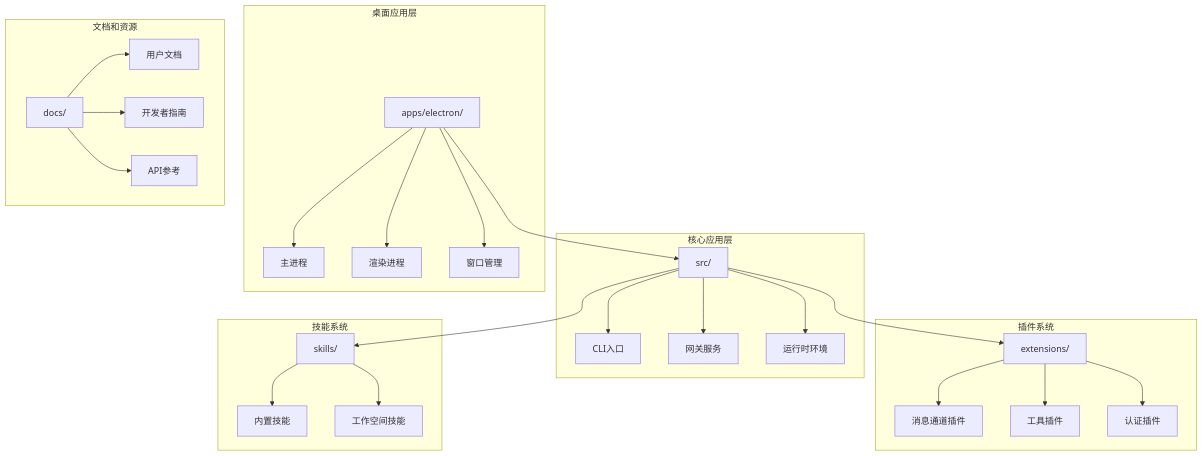
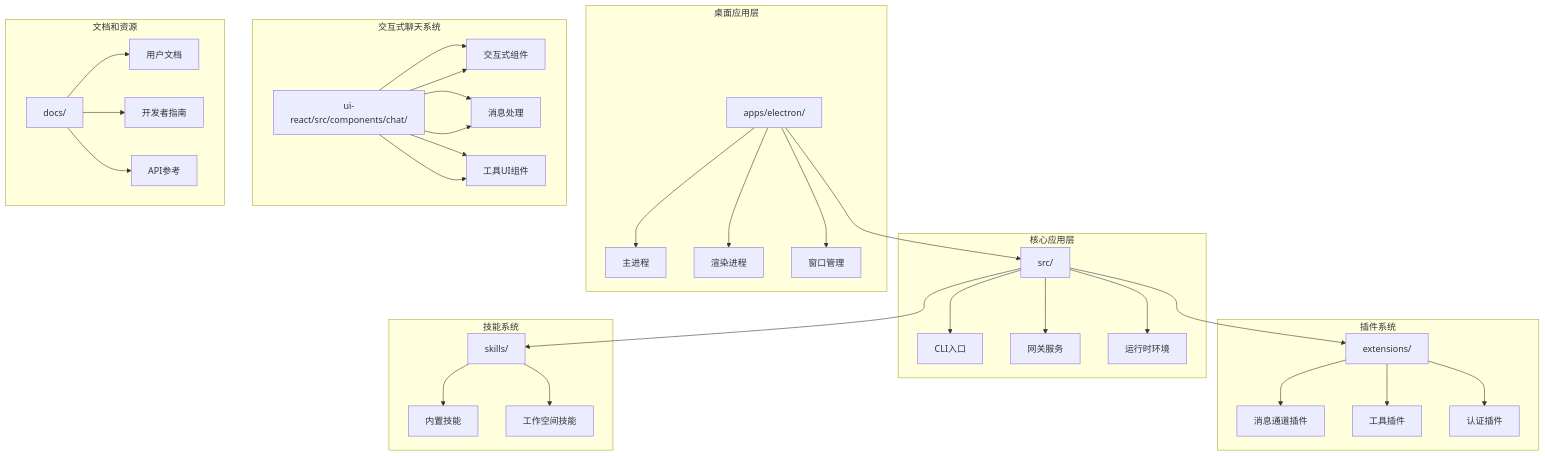
The first of 8 diagrams in .qoder/repowiki/zh/content/Web界面/WebChat界面/聊天运行时提供者增强/交互式聊天系统增强.md (verse-ai-org/openclaw), drawn with Mermaid before and after one commit. The commit also changed other lines of this file and 11 other files, not shown here.

````diff
--- a/.qoder/repowiki/zh/content/Web界面/WebChat界面/聊天运行时提供者增强/交互式聊天系统增强.md
+++ b/.qoder/repowiki/zh/content/Web界面/WebChat界面/聊天运行时提供者增强/交互式聊天系统增强.md
@@ -41,30 +59,38 @@
 ```mermaid
 graph TB
 subgraph "核心应用层"
 A[src/] --> B[CLI入口]
 A --> C[网关服务]
 A --> D[运行时环境]
 end
 subgraph "桌面应用层"
 E[apps/electron/] --> F[主进程]
 E --> G[渲染进程]
 E --> H[窗口管理]
 end
 subgraph "插件系统"
 I[extensions/] --> J[消息通道插件]
 I --> K[工具插件]
 I --> L[认证插件]
 end
 subgraph "技能系统"
 M[skills/] --> N[内置技能]
 M --> O[工作空间技能]
 end
+subgraph "交互式聊天系统"
+P[ui-react/src/components/chat/] --> Q[交互式组件]
+P --> R[消息处理]
+P --> S[工具UI组件]
+end
 subgraph "文档和资源"
-P[docs/] --> Q[用户文档]
-P --> R[开发者指南]
-P --> S[API参考]
+T[docs/] --> U[用户文档]
+T --> V[开发者指南]
+T --> W[API参考]
 end
 A --> I
 A --> M
 E --> A
+P --> Q
+P --> R
+P --> S
 ```
````
